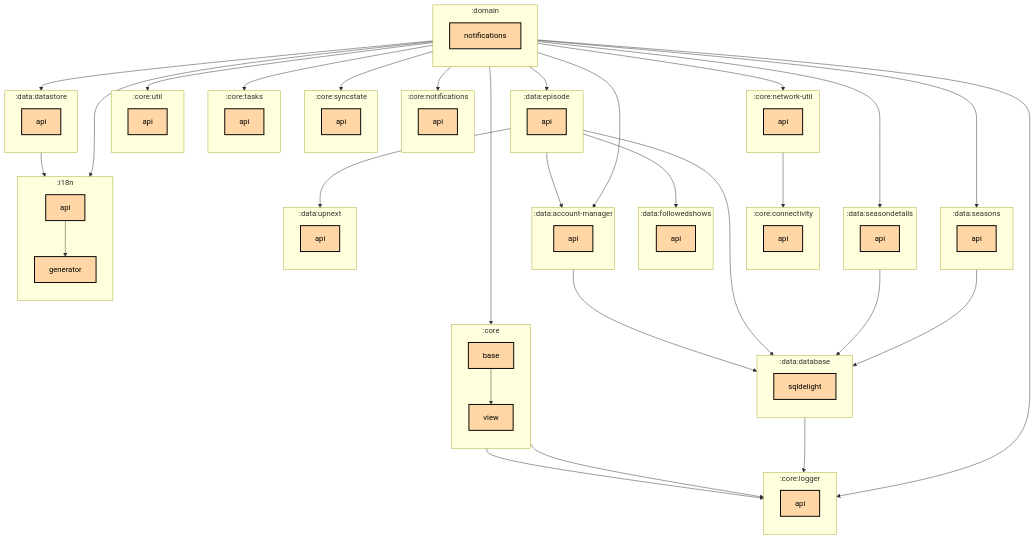
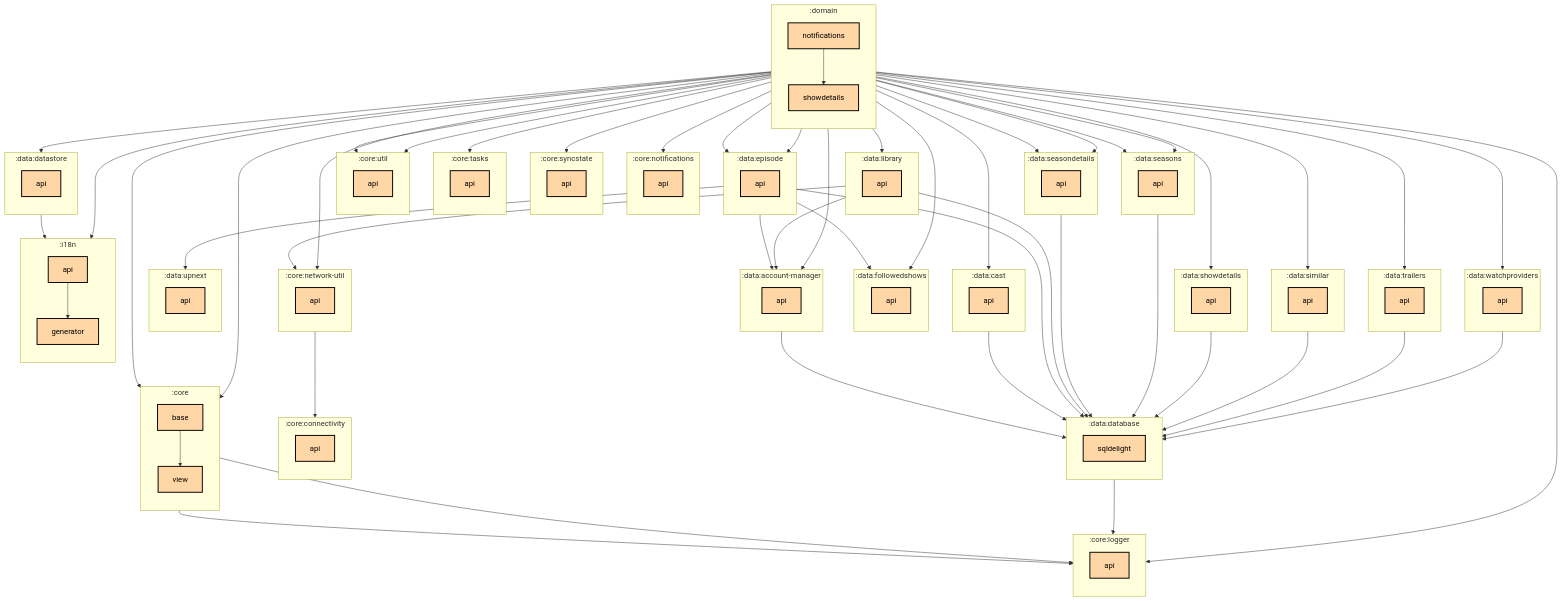
One commit to thomaskioko/tv-maniac changed the first of 2 diagrams in domain/notifications/README.md. Above: the diagram before and after it, drawn with Mermaid. The commit also changed 11 other files, not shown here.

Commit message:
🤖 Update module graphs

```diff
--- a/domain/notifications/README.md
+++ b/domain/notifications/README.md
@@ -42,6 +42,10 @@
     direction TB
     :data:account-manager:api[api]:::multiplatform
   end
+  subgraph :data:cast
+    direction TB
+    :data:cast:api[api]:::multiplatform
+  end
   subgraph :data:database
     direction TB
     :data:database:sqldelight[sqldelight]:::multiplatform
@@ -58,6 +62,10 @@
     direction TB
     :data:followedshows:api[api]:::multiplatform
   end
+  subgraph :data:library
+    direction TB
+    :data:library:api[api]:::multiplatform
+  end
   subgraph :data:seasondetails
     direction TB
     :data:seasondetails:api[api]:::multiplatform
@@ -66,13 +74,30 @@
     direction TB
     :data:seasons:api[api]:::multiplatform
   end
+  subgraph :data:showdetails
+    direction TB
+    :data:showdetails:api[api]:::multiplatform
+  end
+  subgraph :data:similar
+    direction TB
+    :data:similar:api[api]:::multiplatform
+  end
+  subgraph :data:trailers
+    direction TB
+    :data:trailers:api[api]:::multiplatform
+  end
   subgraph :data:upnext
     direction TB
     :data:upnext:api[api]:::multiplatform
   end
+  subgraph :data:watchproviders
+    direction TB
+    :data:watchproviders:api[api]:::multiplatform
+  end
   subgraph :domain
     direction TB
     :domain:notifications[notifications]:::multiplatform
+    :domain:showdetails[showdetails]:::multiplatform
   end
   subgraph :i18n
     direction TB
@@ -85,14 +110,22 @@
   :core:network-util:api --> :core:connectivity:api
   :core:view --> :core:logger:api
   :data:account-manager:api --> :data:database:sqldelight
+  :data:cast:api --> :data:database:sqldelight
   :data:database:sqldelight --> :core:logger:api
   :data:datastore:api --> :i18n:generator
   :data:episode:api --> :data:account-manager:api
   :data:episode:api --> :data:database:sqldelight
   :data:episode:api --> :data:followedshows:api
   :data:episode:api --> :data:upnext:api
+  :data:library:api --> :core:network-util:api
+  :data:library:api --> :data:account-manager:api
+  :data:library:api --> :data:database:sqldelight
   :data:seasondetails:api --> :data:database:sqldelight
   :data:seasons:api --> :data:database:sqldelight
+  :data:showdetails:api --> :data:database:sqldelight
+  :data:similar:api --> :data:database:sqldelight
+  :data:trailers:api --> :data:database:sqldelight
+  :data:watchproviders:api --> :data:database:sqldelight
   :domain:notifications --> :core:base
   :domain:notifications --> :core:logger:api
   :domain:notifications --> :core:network-util:api
@@ -105,7 +138,20 @@
   :domain:notifications --> :data:episode:api
   :domain:notifications --> :data:seasondetails:api
   :domain:notifications --> :data:seasons:api
+  :domain:notifications --> :domain:showdetails
   :domain:notifications --> :i18n:api
+  :domain:showdetails --> :core:base
+  :domain:showdetails --> :core:util:api
+  :domain:showdetails --> :data:cast:api
+  :domain:showdetails --> :data:episode:api
+  :domain:showdetails --> :data:followedshows:api
+  :domain:showdetails --> :data:library:api
+  :domain:showdetails --> :data:seasondetails:api
+  :domain:showdetails --> :data:seasons:api
+  :domain:showdetails --> :data:showdetails:api
+  :domain:showdetails --> :data:similar:api
+  :domain:showdetails --> :data:trailers:api
+  :domain:showdetails --> :data:watchproviders:api
   :i18n:api --> :i18n:generator
 
 classDef application fill:#CAFFBF,stroke:#000,stroke-width:2px,color:#000;
```
